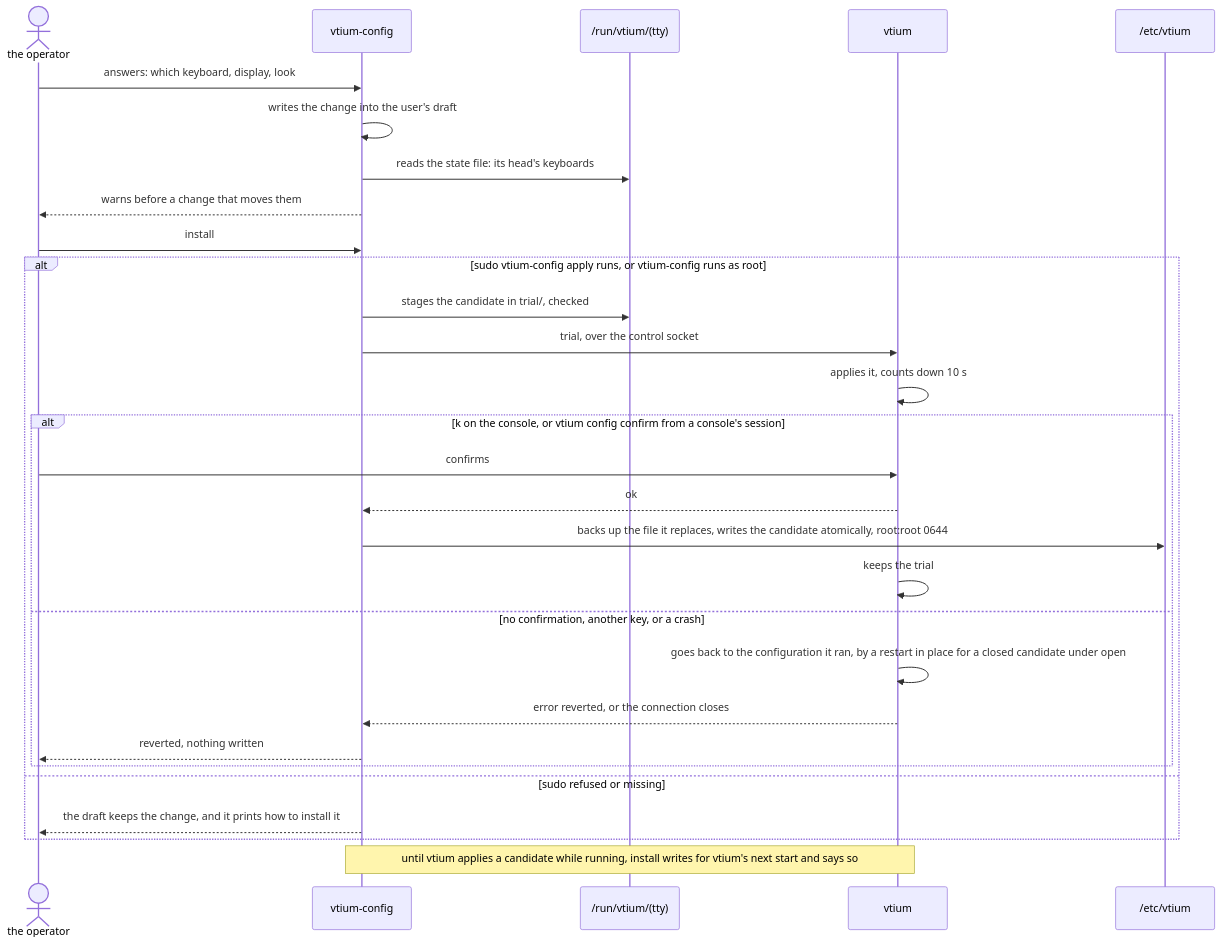
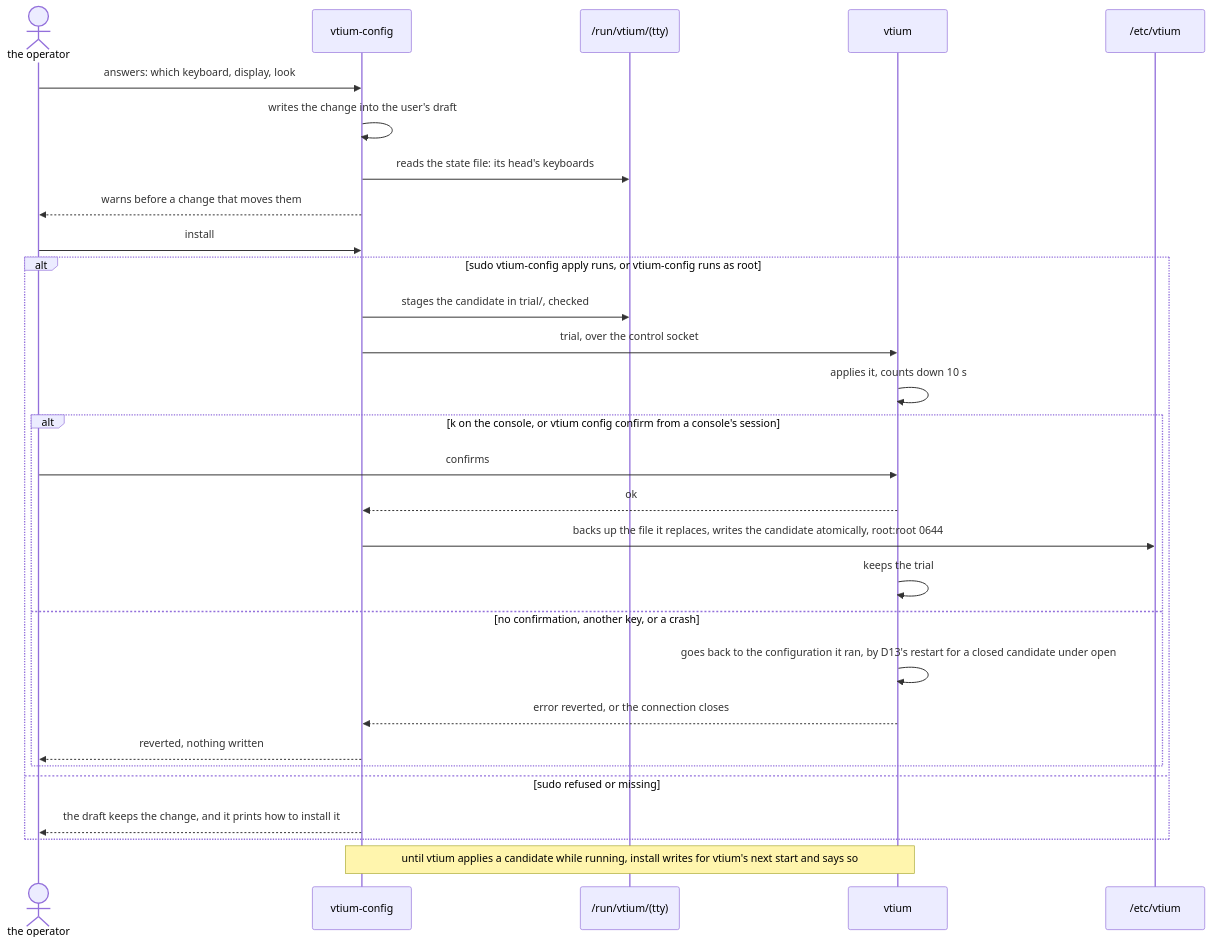
The sixth of 6 diagrams in docs/architecture/platform/ADR-1401-heads-a-terminal-per-physical-display-placed-by-a-first-match-ruleset.md (vtium/vtium), drawn with Mermaid before and after one commit. The commit also changed other lines of this file and 1 other file, not shown here.

First line of the commit message:
docs(adr-1401): the maintainer's answers on the trial's key, restart, overlay and status

````diff
--- a/docs/architecture/platform/ADR-1401-heads-a-terminal-per-physical-display-placed-by-a-first-match-ruleset.md
+++ b/docs/architecture/platform/ADR-1401-heads-a-terminal-per-physical-display-placed-by-a-first-match-ruleset.md
@@ -1233,31 +1247,31 @@
 ```mermaid
 sequenceDiagram
     actor Op as the operator
     participant V as vtium-config
     participant R as /run/vtium/(tty)
     participant T as vtium
     participant E as /etc/vtium
     Op->>V: answers: which keyboard, display, look
     V->>V: writes the change into the user's draft
     V->>R: reads the state file: its head's keyboards
     V-->>Op: warns before a change that moves them
     Op->>V: install
     alt sudo vtium-config apply runs, or vtium-config runs as root
         V->>R: stages the candidate in trial/, checked
         V->>T: trial, over the control socket
         T->>T: applies it, counts down 10 s
         alt k on the console, or vtium config confirm from a console's session
             Op->>T: confirms
             T-->>V: ok
             V->>E: backs up the file it replaces, writes the candidate atomically, root:root 0644
             T->>T: keeps the trial
         else no confirmation, another key, or a crash
-            T->>T: goes back to the configuration it ran, by a restart in place for a closed candidate under open
+            T->>T: goes back to the configuration it ran, by D13's restart for a closed candidate under open
             T-->>V: error reverted, or the connection closes
             V-->>Op: reverted, nothing written
         end
     else sudo refused or missing
         V-->>Op: the draft keeps the change, and it prints how to install it
     end
     Note over V,T: until vtium applies a candidate while running, install writes for vtium's next start and says so
 ```
````
